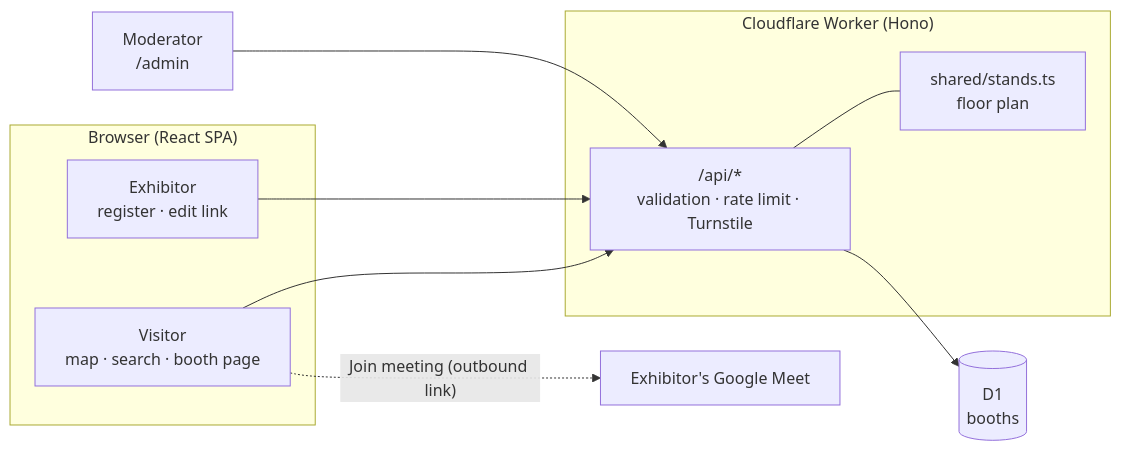
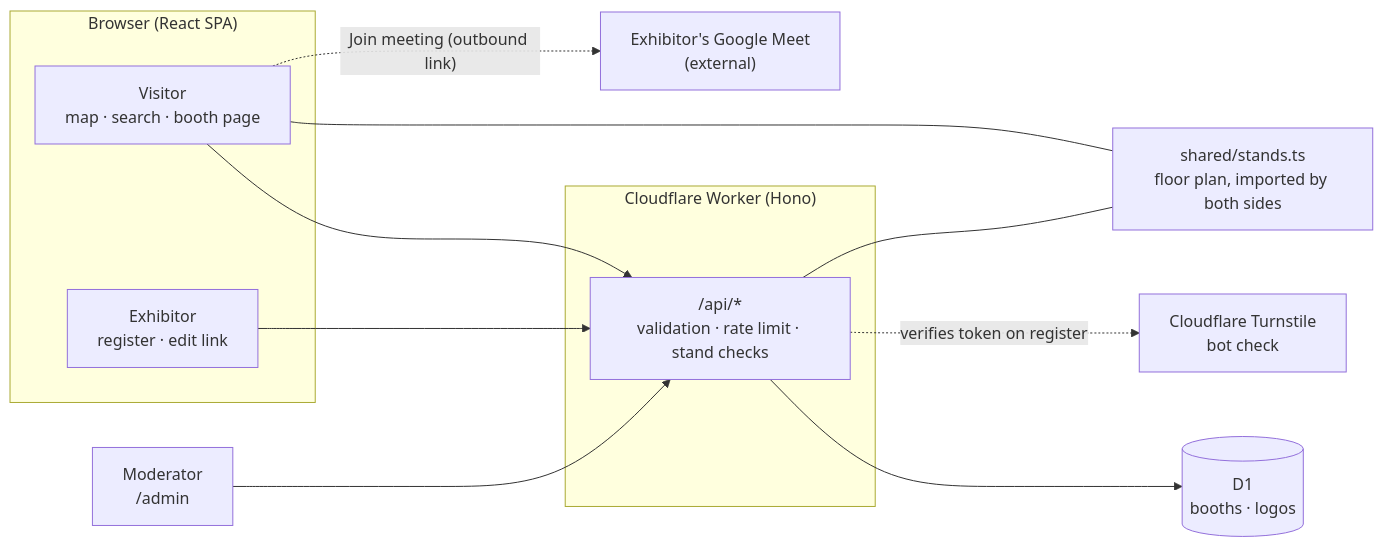
The first of 2 diagrams in README.md (isaquesena-lab/virtual-expo-mvp), drawn with Mermaid before and after one commit. The commit also changed other lines of this file, not shown here.

Commit message:
README: make the architecture and status diagrams match the code
The floor plan is imported by the client as well as the Worker, Turnstile is an
external dependency of registration, and moderators can set any status (the
diagram now says it shows the intended workflow).

````diff
--- a/README.md
+++ b/README.md
@@ -189,23 +189,26 @@
 ```mermaid
 flowchart LR
     subgraph Browser["Browser (React SPA)"]
         V["Visitor<br/>map · search · booth page"]
         X["Exhibitor<br/>register · edit link"]
     end
 
     subgraph Edge["Cloudflare Worker (Hono)"]
-        API["/api/*<br/>validation · rate limit · Turnstile"]
-        ST["shared/stands.ts<br/>floor plan"]
+        API["/api/*<br/>validation · rate limit · stand checks"]
     end
 
-    DB[("D1<br/>booths")]
+    ST["shared/stands.ts<br/>floor plan, imported by both sides"]
+    DB[("D1<br/>booths · logos")]
+    TS["Cloudflare Turnstile<br/>bot check"]
     M["Moderator<br/>/admin"]
-    MEET["Exhibitor's Google Meet"]
+    MEET["Exhibitor's Google Meet<br/>(external)"]
 
     V --> API
     X --> API
     M --> API
     API --> DB
+    API -. "verifies token on register" .-> TS
+    V --- ST
     API --- ST
     V -. "Join meeting (outbound link)" .-> MEET
 ```
````
